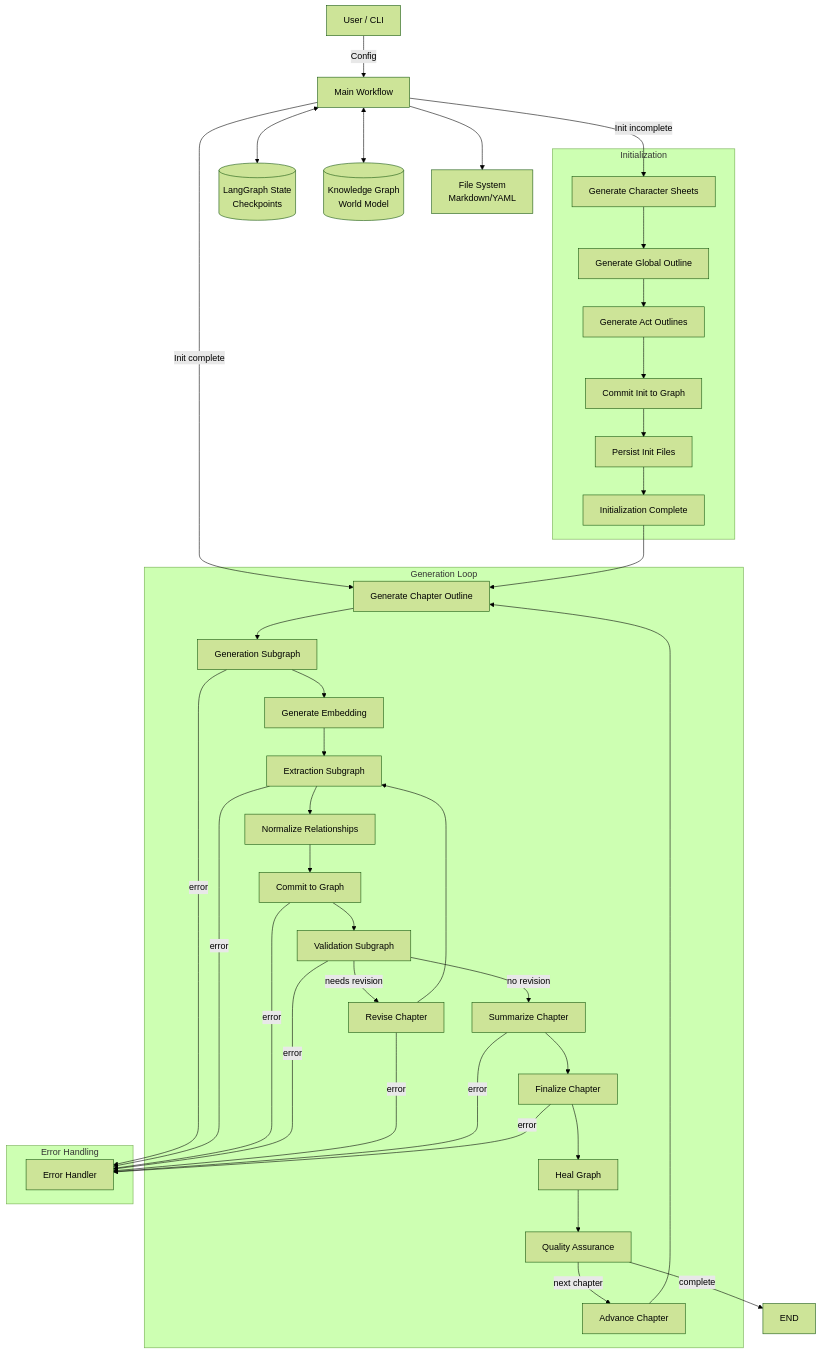
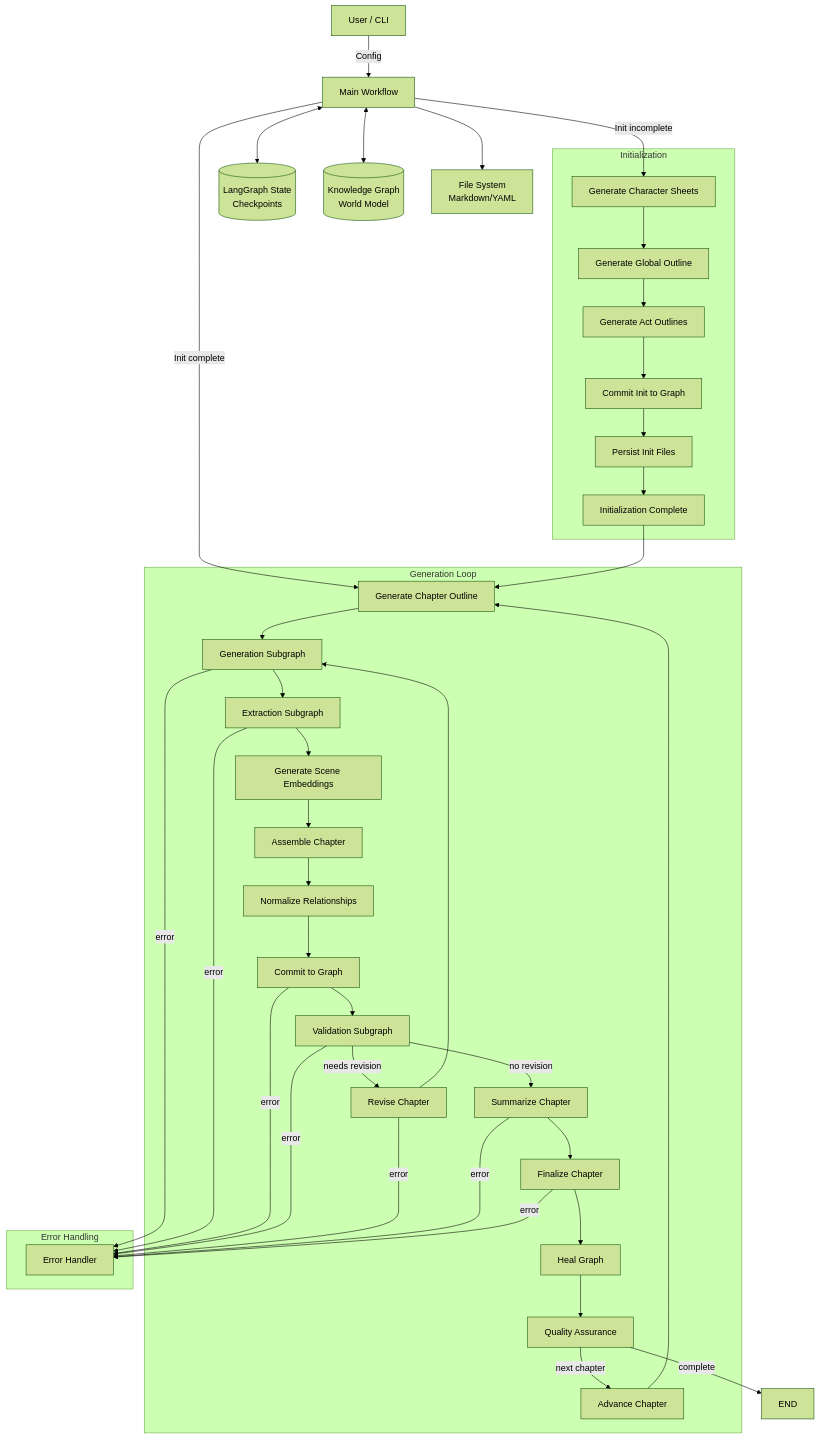
Before and after one commit to Lanerra/saga: the diagram in docs/langgraph-architecture.md, drawn with Mermaid (forest theme). The commit also changed other lines of this file, not shown here.

First line of the commit message:
docs: update LangGraph architecture to reflect scene-based extraction

````diff
--- a/docs/langgraph-architecture.md
+++ b/docs/langgraph-architecture.md
@@ -19,60 +19,61 @@
 ```mermaid
 graph TD
     User[User / CLI] -->|Config| Main[Main Workflow]
 
     subgraph "Initialization"
         InitChar[Generate Character Sheets]
         InitGlob[Generate Global Outline]
         InitActs[Generate Act Outlines]
         InitCommit[Commit Init to Graph]
         InitPersist[Persist Init Files]
         InitComplete[Initialization Complete]
     end
 
     subgraph "Generation Loop"
         Outline[Generate Chapter Outline]
         Generate[Generation Subgraph]
-        Embedding[Generate Embedding]
         Extract[Extraction Subgraph]
+        Embed[Generate Scene Embeddings]
+        Assemble[Assemble Chapter]
         Normalize[Normalize Relationships]
         Commit[Commit to Graph]
         Validate[Validation Subgraph]
         Revise[Revise Chapter]
         Summarize[Summarize Chapter]
         Finalize[Finalize Chapter]
         Heal[Heal Graph]
         QA[Quality Assurance]
         Advance[Advance Chapter]
     end
 
     subgraph "Error Handling"
         ErrorHandler[Error Handler]
     end
 
     Main <--> SQLite[(LangGraph State\nCheckpoints)]
     Main <--> Neo4j[(Knowledge Graph\nWorld Model)]
     Main --> FS[File System\nMarkdown/YAML]
 
     %% Entry routing
     Main -->|Init incomplete| InitChar
     Main -->|Init complete| Outline
 
     %% Initialization flow
     InitChar --> InitGlob --> InitActs --> InitCommit --> InitPersist --> InitComplete --> Outline
 
     %% Generation flow
-    Outline --> Generate --> Embedding --> Extract --> Normalize --> Commit --> Validate
-    Validate -->|needs revision| Revise --> Extract
+    Outline --> Generate --> Extract --> Embed --> Assemble --> Normalize --> Commit --> Validate
+    Validate -->|needs revision| Revise --> Generate
     Validate -->|no revision| Summarize --> Finalize --> Heal --> QA
     QA -->|next chapter| Advance --> Outline
     QA -->|complete| END
 
     %% Error paths
     Generate -->|error| ErrorHandler
     Extract -->|error| ErrorHandler
     Commit -->|error| ErrorHandler
     Validate -->|error| ErrorHandler
     Revise -->|error| ErrorHandler
     Summarize -->|error| ErrorHandler
     Finalize -->|error| ErrorHandler
 ```
````
